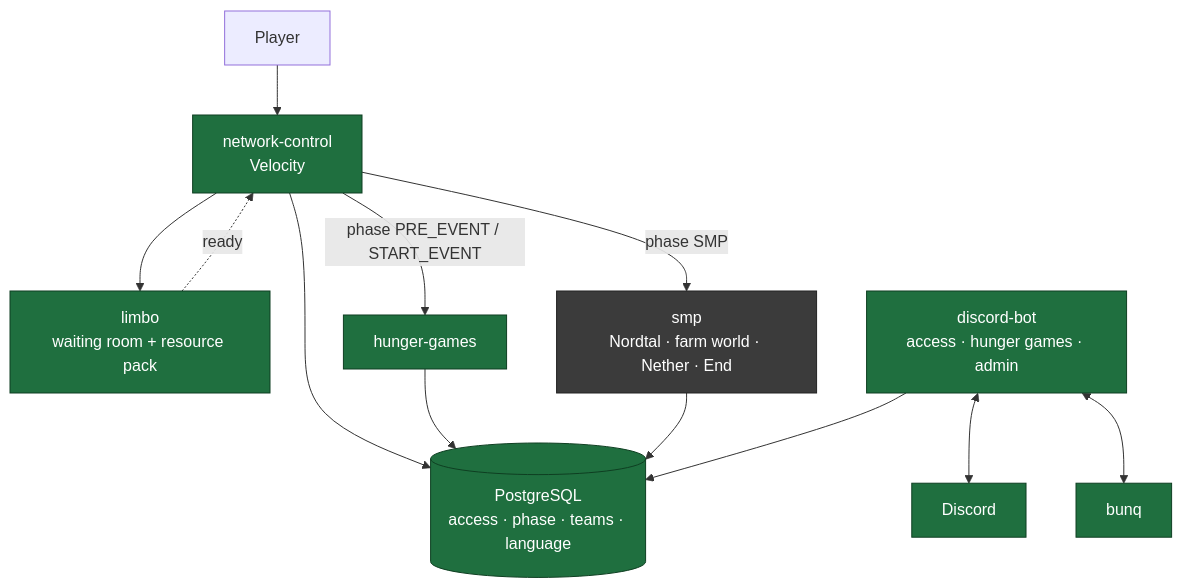
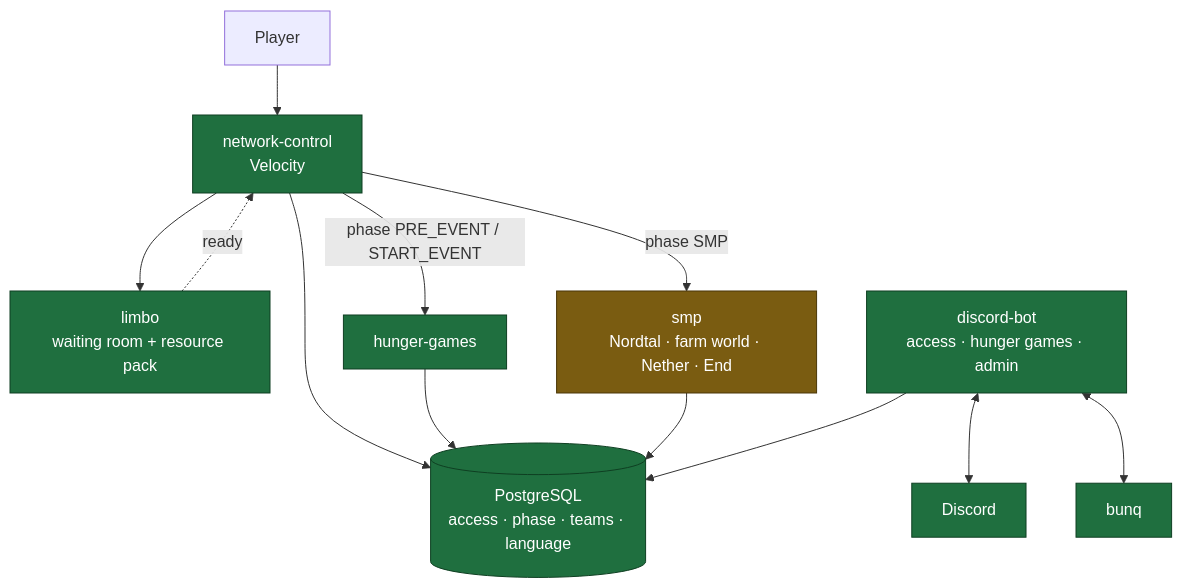
The diagram in docs/README.md (nordtal/season-2), drawn with Mermaid before and after one commit. The commit also changed other lines of this file and 46 other files, not shown here.

````diff
--- a/docs/README.md
+++ b/docs/README.md
@@ -11,23 +11,23 @@
 ```mermaid
 flowchart TB
     P["Player"] --> NC["network-control<br/>Velocity"]
     NC --> LB["limbo<br/>waiting room + resource pack"]
     LB -.->|"ready"| NC
     NC -->|"phase PRE_EVENT / START_EVENT"| HG["hunger-games"]
     NC -->|"phase SMP"| SMP["smp<br/>Nordtal · farm world · Nether · End"]
 
     BOT["discord-bot<br/>access · hunger games · admin"] <--> DC["Discord"]
     BOT <--> BQ["bunq"]
 
     DB[("PostgreSQL<br/>access · phase · teams · language")]
     NC --> DB
     HG --> DB
     SMP --> DB
     BOT --> DB
 
     classDef built fill:#1f6f3f,stroke:#0f3f22,color:#fff
     classDef partly fill:#7a5c11,stroke:#4a3708,color:#fff
     classDef planned fill:#3b3b3b,stroke:#222,color:#fff
     class BOT,DC,BQ,HG,DB,NC,LB built
-    class SMP planned
+    class SMP partly
 ```
````
